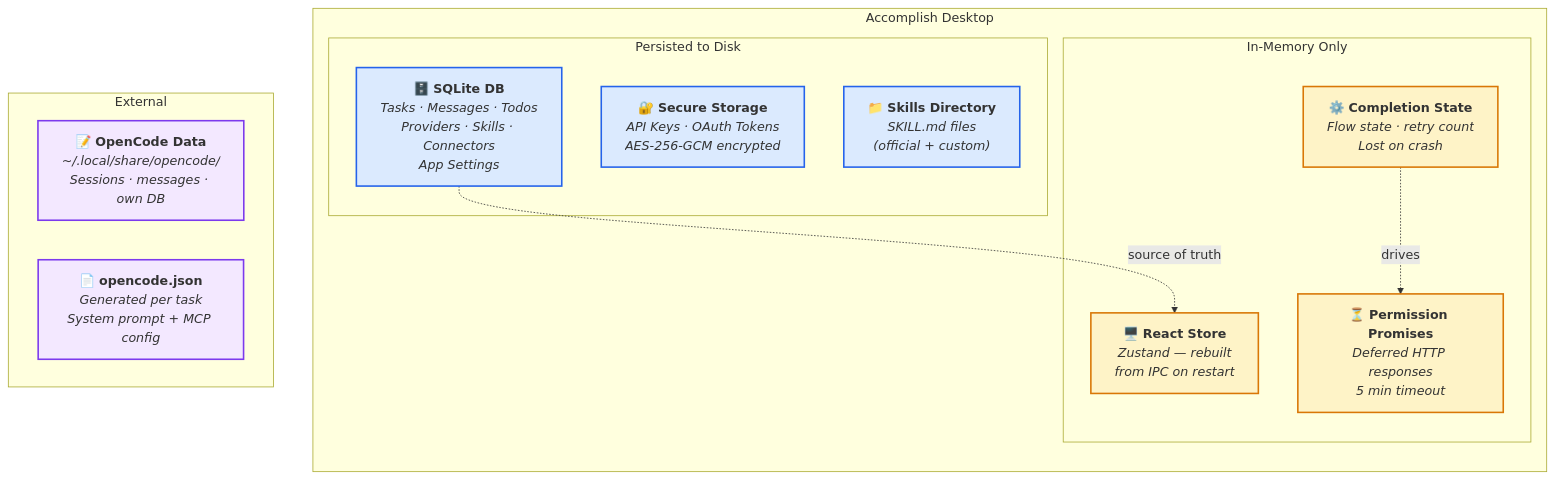
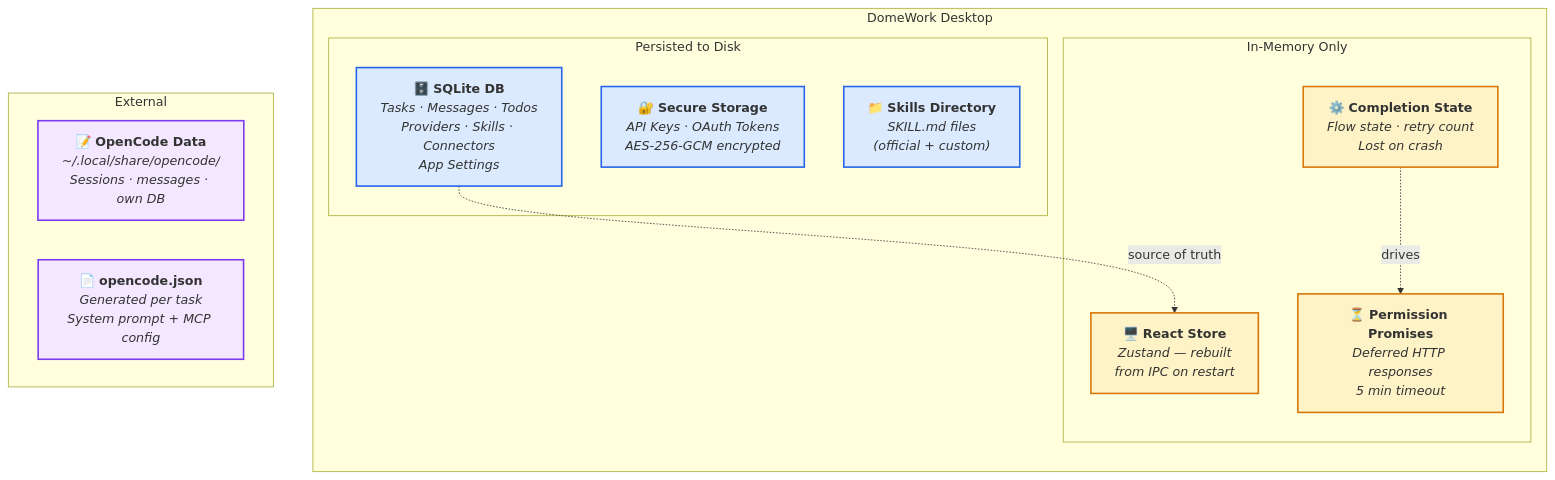
One commit to dome/accomplish changed the first of 6 diagrams in docs/information-viewpoint-slides.md. Above: the diagram before and after it, drawn with Mermaid. The commit also changed 89 other files, not shown here.

Commit message:
ci: add GitHub Actions workflow for DomeWork binary builds

````diff
--- a/docs/information-viewpoint-slides.md
+++ b/docs/information-viewpoint-slides.md
@@ -10,33 +10,33 @@
 ```mermaid
 graph TB
-  subgraph APP["Accomplish Desktop"]
+  subgraph APP["DomeWork Desktop"]
     direction TB
     subgraph PERSIST["Persisted to Disk"]
       DB["🗄️ <b>SQLite DB</b><br/><i>Tasks · Messages · Todos<br/>Providers · Skills · Connectors<br/>App Settings</i>"]
       SEC["🔐 <b>Secure Storage</b><br/><i>API Keys · OAuth Tokens<br/>AES-256-GCM encrypted</i>"]
       SKILLS_FS["📁 <b>Skills Directory</b><br/><i>SKILL.md files<br/>(official + custom)</i>"]
     end
 
     subgraph EPHEMERAL["In-Memory Only"]
       CE["⚙️ <b>Completion State</b><br/><i>Flow state · retry count<br/>Lost on crash</i>"]
       PERM["⏳ <b>Permission Promises</b><br/><i>Deferred HTTP responses<br/>5 min timeout</i>"]
       UI_STATE["🖥️ <b>React Store</b><br/><i>Zustand — rebuilt<br/>from IPC on restart</i>"]
     end
   end
 
   subgraph EXTERNAL["External"]
     OC_SESS["📝 <b>OpenCode Data</b><br/><i>~/.local/share/opencode/<br/>Sessions · messages · own DB</i>"]
     CONFIG["📄 <b>opencode.json</b><br/><i>Generated per task<br/>System prompt + MCP config</i>"]
   end
 
   DB -.->|"source of truth"| UI_STATE
   CE -.->|"drives"| PERM
 
   classDef persist fill:#dbeafe,stroke:#2563eb,stroke-width:2px
   classDef ephemeral fill:#fef3c7,stroke:#d97706,stroke-width:2px
   classDef ext fill:#f3e8ff,stroke:#7c3aed,stroke-width:2px
 
   class DB,SEC,SKILLS_FS persist
   class CE,PERM,UI_STATE ephemeral
   class OC_SESS,CONFIG ext
 ```
````
